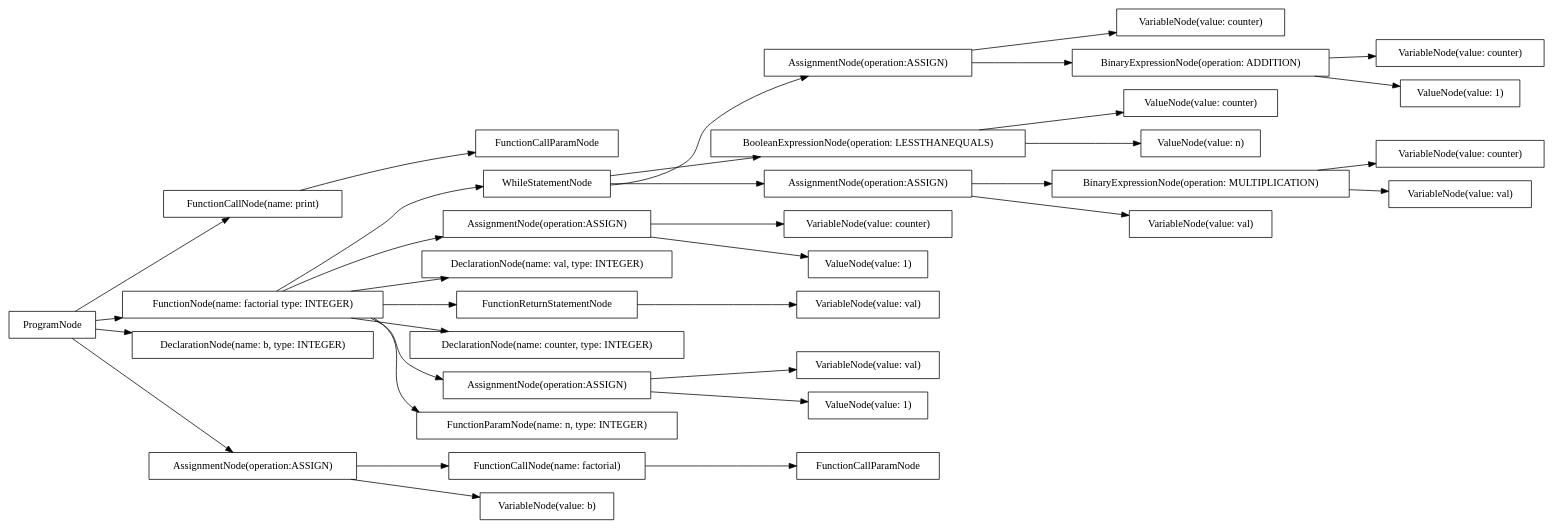
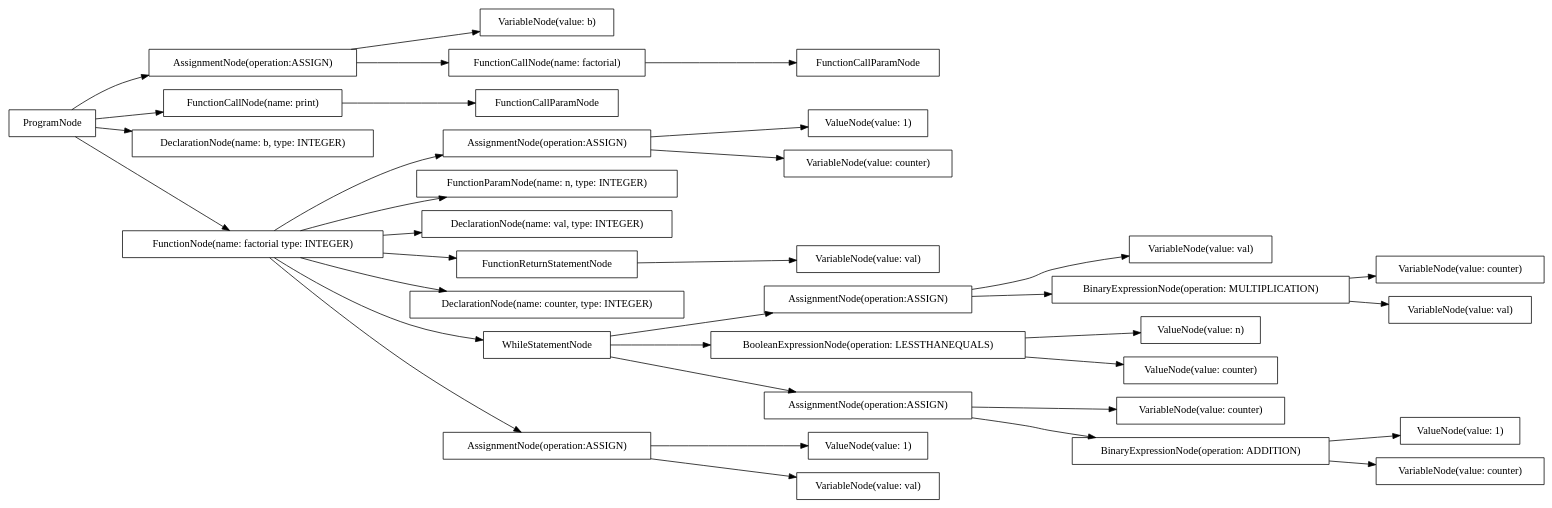
The diagram in src/output/dot/unbound_functions.dot (AtLeastITry/ANTLR-Python-Compiler), drawn with Graphviz before and after one commit. The commit also changed 158 other files, not shown here.

```diff
--- a/src/output/dot/unbound_functions.dot
+++ b/src/output/dot/unbound_functions.dot
@@ -1,70 +1,70 @@
 digraph G {
 rankdir=LR
-"80273e89-1f91-422f-9849-8fac198df139" [label="VariableNode(value: counter)" shape="box"];
-"46690dc6-9387-42ca-a4ac-f7ddcadd4ccc" [label="WhileStatementNode" shape="box"];
-"0d560d41-6d2c-4b8d-8168-581f75852347" [label="FunctionCallParamNode" shape="box"];
-"cb71babc-4225-42c9-bc2f-e4e0d062c988" [label="ValueNode(value: counter)" shape="box"];
-"3b4ee41e-423f-4c7c-bb88-45cb25dcc3c8" [label="AssignmentNode(operation:ASSIGN)" shape="box"];
-"fbc044d6-da52-406f-b976-5a4c25ade63a" [label="VariableNode(value: val)" shape="box"];
-"c2e7adf5-517c-4b21-a565-1ba937f04834" [label="AssignmentNode(operation:ASSIGN)" shape="box"];
-"38659834-fc3d-4fc0-9a73-a5296b2f295e" [label="FunctionCallParamNode" shape="box"];
-"0e59c5f4-d050-4c4c-abd8-fb2c57cafb87" [label="VariableNode(value: counter)" shape="box"];
-"b6317442-fc68-4266-bc4a-6b340c134359" [label="ValueNode(value: n)" shape="box"];
-"33212f58-5f7e-4f9f-ad5d-d5b63c62d85d" [label="FunctionCallNode(name: print)" shape="box"];
-"648abdc5-2e0d-4d57-b430-e9a2e2d0aac7" [label="FunctionCallNode(name: factorial)" shape="box"];
-"f31e73e9-e20e-43e8-8e01-588560e0de67" [label="DeclarationNode(name: val, type: INTEGER)" shape="box"];
-"c5944b2e-7ea4-4051-8b09-d2e494e18297" [label="ValueNode(value: 1)" shape="box"];
-"7379a1e6-ad58-4837-aa11-cd6808c6e757" [label="VariableNode(value: val)" shape="box"];
-"a4b08c15-ba8c-4826-93b7-4ad2bb908322" [label="FunctionReturnStatementNode" shape="box"];
-"0e2dc8ab-d020-437d-8260-3faac94b5283" [label="BooleanExpressionNode(operation: LESSTHANEQUALS)" shape="box"];
-"0df78581-e21d-4267-9418-f5a9571e7c3e" [label="AssignmentNode(operation:ASSIGN)" shape="box"];
-"7ffbb8bf-1fec-4758-ac28-43134e60a3b5" [label="BinaryExpressionNode(operation: MULTIPLICATION)" shape="box"];
-"c49216fc-eaf3-47b6-9263-d6fea98be2e2" [label="ProgramNode" shape="box"];
-"3240e87b-6c33-46e6-b994-cdaa8cebaae4" [label="VariableNode(value: counter)" shape="box"];
-"b6b14184-a096-4ec3-9a6c-15629a6f72e1" [label="FunctionNode(name: factorial type: INTEGER)" shape="box"];
-"ce54e0e1-c422-4bb2-8dbc-cc3cf3475102" [label="ValueNode(value: 1)" shape="box"];
-"5a15c022-532f-41df-b933-d98743a6f170" [label="VariableNode(value: counter)" shape="box"];
-"e4878145-a057-4cd5-bcf4-b865a8b3244b" [label="DeclarationNode(name: counter, type: INTEGER)" shape="box"];
-"0b8bc968-16b9-4643-994c-f721a7af30f1" [label="DeclarationNode(name: b, type: INTEGER)" shape="box"];
-"55dc6ba3-9557-4590-a8ab-ef1594101b7b" [label="AssignmentNode(operation:ASSIGN)" shape="box"];
-"06449997-027c-4fdc-8366-fe77cefc18f3" [label="AssignmentNode(operation:ASSIGN)" shape="box"];
-"6f98aedf-3193-4f73-9209-4d4d492a1b78" [label="FunctionParamNode(name: n, type: INTEGER)" shape="box"];
-"c03426df-215b-45fa-814b-df380ea545a9" [label="VariableNode(value: val)" shape="box"];
-"9c74cbfc-e86f-4388-9ff0-0d9a535ab167" [label="ValueNode(value: 1)" shape="box"];
-"bd4e228b-dbea-4163-89f9-c053836370bd" [label="VariableNode(value: b)" shape="box"];
-"37849437-7edc-492d-a79a-2f06d062eb87" [label="VariableNode(value: val)" shape="box"];
-"1b67c7df-f260-4c0d-895c-1b2b773f44a1" [label="BinaryExpressionNode(operation: ADDITION)" shape="box"];
-"c49216fc-eaf3-47b6-9263-d6fea98be2e2" -> "0b8bc968-16b9-4643-994c-f721a7af30f1";
-"c49216fc-eaf3-47b6-9263-d6fea98be2e2" -> "b6b14184-a096-4ec3-9a6c-15629a6f72e1";
-"b6b14184-a096-4ec3-9a6c-15629a6f72e1" -> "6f98aedf-3193-4f73-9209-4d4d492a1b78";
-"b6b14184-a096-4ec3-9a6c-15629a6f72e1" -> "f31e73e9-e20e-43e8-8e01-588560e0de67";
-"b6b14184-a096-4ec3-9a6c-15629a6f72e1" -> "e4878145-a057-4cd5-bcf4-b865a8b3244b";
-"b6b14184-a096-4ec3-9a6c-15629a6f72e1" -> "55dc6ba3-9557-4590-a8ab-ef1594101b7b";
-"55dc6ba3-9557-4590-a8ab-ef1594101b7b" -> "fbc044d6-da52-406f-b976-5a4c25ade63a";
-"55dc6ba3-9557-4590-a8ab-ef1594101b7b" -> "ce54e0e1-c422-4bb2-8dbc-cc3cf3475102";
-"b6b14184-a096-4ec3-9a6c-15629a6f72e1" -> "c2e7adf5-517c-4b21-a565-1ba937f04834";
-"c2e7adf5-517c-4b21-a565-1ba937f04834" -> "80273e89-1f91-422f-9849-8fac198df139";
-"c2e7adf5-517c-4b21-a565-1ba937f04834" -> "c5944b2e-7ea4-4051-8b09-d2e494e18297";
-"b6b14184-a096-4ec3-9a6c-15629a6f72e1" -> "46690dc6-9387-42ca-a4ac-f7ddcadd4ccc";
-"46690dc6-9387-42ca-a4ac-f7ddcadd4ccc" -> "0e2dc8ab-d020-437d-8260-3faac94b5283";
-"0e2dc8ab-d020-437d-8260-3faac94b5283" -> "cb71babc-4225-42c9-bc2f-e4e0d062c988";
-"0e2dc8ab-d020-437d-8260-3faac94b5283" -> "b6317442-fc68-4266-bc4a-6b340c134359";
-"46690dc6-9387-42ca-a4ac-f7ddcadd4ccc" -> "0df78581-e21d-4267-9418-f5a9571e7c3e";
-"0df78581-e21d-4267-9418-f5a9571e7c3e" -> "37849437-7edc-492d-a79a-2f06d062eb87";
-"0df78581-e21d-4267-9418-f5a9571e7c3e" -> "7ffbb8bf-1fec-4758-ac28-43134e60a3b5";
-"7ffbb8bf-1fec-4758-ac28-43134e60a3b5" -> "7379a1e6-ad58-4837-aa11-cd6808c6e757";
-"7ffbb8bf-1fec-4758-ac28-43134e60a3b5" -> "0e59c5f4-d050-4c4c-abd8-fb2c57cafb87";
-"46690dc6-9387-42ca-a4ac-f7ddcadd4ccc" -> "3b4ee41e-423f-4c7c-bb88-45cb25dcc3c8";
-"3b4ee41e-423f-4c7c-bb88-45cb25dcc3c8" -> "3240e87b-6c33-46e6-b994-cdaa8cebaae4";
-"3b4ee41e-423f-4c7c-bb88-45cb25dcc3c8" -> "1b67c7df-f260-4c0d-895c-1b2b773f44a1";
-"1b67c7df-f260-4c0d-895c-1b2b773f44a1" -> "5a15c022-532f-41df-b933-d98743a6f170";
-"1b67c7df-f260-4c0d-895c-1b2b773f44a1" -> "9c74cbfc-e86f-4388-9ff0-0d9a535ab167";
-"b6b14184-a096-4ec3-9a6c-15629a6f72e1" -> "a4b08c15-ba8c-4826-93b7-4ad2bb908322";
-"a4b08c15-ba8c-4826-93b7-4ad2bb908322" -> "c03426df-215b-45fa-814b-df380ea545a9";
-"c49216fc-eaf3-47b6-9263-d6fea98be2e2" -> "06449997-027c-4fdc-8366-fe77cefc18f3";
-"06449997-027c-4fdc-8366-fe77cefc18f3" -> "bd4e228b-dbea-4163-89f9-c053836370bd";
-"06449997-027c-4fdc-8366-fe77cefc18f3" -> "648abdc5-2e0d-4d57-b430-e9a2e2d0aac7";
-"648abdc5-2e0d-4d57-b430-e9a2e2d0aac7" -> "0d560d41-6d2c-4b8d-8168-581f75852347";
-"c49216fc-eaf3-47b6-9263-d6fea98be2e2" -> "33212f58-5f7e-4f9f-ad5d-d5b63c62d85d";
-"33212f58-5f7e-4f9f-ad5d-d5b63c62d85d" -> "38659834-fc3d-4fc0-9a73-a5296b2f295e";
+"81aaedd4-f498-427e-8ed4-ed935a455118" [label="ValueNode(value: 1)" shape="box"];
+"3cff63f4-0d26-4c14-9e88-c8fd55971c9e" [label="VariableNode(value: counter)" shape="box"];
+"780bd1c2-e1ca-40e9-a443-1aff26f419e4" [label="VariableNode(value: val)" shape="box"];
+"648c5648-74dd-4d30-b4dc-ac4c395977a6" [label="FunctionCallParamNode" shape="box"];
+"028b088d-5dc6-45e4-8018-755169daa67f" [label="AssignmentNode(operation:ASSIGN)" shape="box"];
+"825e2e22-fae9-4d9b-ad8f-926a5434b093" [label="FunctionCallParamNode" shape="box"];
+"995c2218-dafb-47d6-8f1f-f8c0c6f99081" [label="FunctionParamNode(name: n, type: INTEGER)" shape="box"];
+"8b640b2f-217d-41eb-bd6d-1b4bdf17f0e3" [label="ProgramNode" shape="box"];
+"e8ede1f0-046b-4c78-b3ad-0e3bdd1bab53" [label="DeclarationNode(name: val, type: INTEGER)" shape="box"];
+"744544bd-61d9-4e27-99ad-4952fe78a9d2" [label="FunctionReturnStatementNode" shape="box"];
+"7c69b327-82ba-47b9-a350-7730a697f4ec" [label="AssignmentNode(operation:ASSIGN)" shape="box"];
+"277fc8c2-76d5-44f7-a11a-ca5ac307becf" [label="VariableNode(value: b)" shape="box"];
+"a7ab74a0-90c9-4211-a194-17a742b7ee0d" [label="ValueNode(value: n)" shape="box"];
+"7efede64-3641-47dc-99f6-d7da1e0cb6bc" [label="ValueNode(value: 1)" shape="box"];
+"5950c262-e764-40bc-af92-af8a5a5e58f7" [label="FunctionCallNode(name: print)" shape="box"];
+"34a71858-be15-4ee0-805e-39062335effb" [label="DeclarationNode(name: b, type: INTEGER)" shape="box"];
+"682dcf12-635b-4b09-bba8-9ef18500aaa8" [label="ValueNode(value: 1)" shape="box"];
+"2b3fb9ca-e607-47d7-9cea-41809ae6eb49" [label="VariableNode(value: val)" shape="box"];
+"ab9003d3-ae6c-480f-91a1-8ca01e6e23ed" [label="VariableNode(value: counter)" shape="box"];
+"092f6c3c-f4c5-4fe7-864a-968522fcd121" [label="VariableNode(value: counter)" shape="box"];
+"d972c8d0-51e6-4018-86c3-1f4ea37d1989" [label="VariableNode(value: counter)" shape="box"];
+"1ca67248-b24d-4075-82e9-fddc27ad6ea8" [label="DeclarationNode(name: counter, type: INTEGER)" shape="box"];
+"2786b300-8046-4905-badd-32a2131ce041" [label="WhileStatementNode" shape="box"];
+"bf02c634-ad48-4870-bf4b-ba259b767cf1" [label="VariableNode(value: val)" shape="box"];
+"2d7042a6-7703-4269-bca3-0a992a1b252d" [label="BinaryExpressionNode(operation: ADDITION)" shape="box"];
+"08c43d3d-8ceb-45b7-8c73-dcdbb1c0a6bf" [label="AssignmentNode(operation:ASSIGN)" shape="box"];
+"ffd96f16-7126-4a5e-98da-b43ec9845665" [label="AssignmentNode(operation:ASSIGN)" shape="box"];
+"0ee26116-36ec-4739-8a4d-a755daf2c47d" [label="VariableNode(value: val)" shape="box"];
+"3b92759f-f771-434b-b3f9-f92a0d0d3910" [label="BooleanExpressionNode(operation: LESSTHANEQUALS)" shape="box"];
+"445dfa74-59e3-461b-9c98-edaf18076b18" [label="BinaryExpressionNode(operation: MULTIPLICATION)" shape="box"];
+"966e1cd4-9e4d-4e59-adb2-2ce8d10e7d01" [label="FunctionNode(name: factorial type: INTEGER)" shape="box"];
+"29d98562-952f-4da5-8a7e-6e447e3470c4" [label="AssignmentNode(operation:ASSIGN)" shape="box"];
+"2835e6d3-ef84-4dc5-a59e-eba9cb4437ea" [label="ValueNode(value: counter)" shape="box"];
+"172d7626-f7a9-46c5-a84e-7a900fff18b9" [label="FunctionCallNode(name: factorial)" shape="box"];
+"8b640b2f-217d-41eb-bd6d-1b4bdf17f0e3" -> "34a71858-be15-4ee0-805e-39062335effb";
+"8b640b2f-217d-41eb-bd6d-1b4bdf17f0e3" -> "966e1cd4-9e4d-4e59-adb2-2ce8d10e7d01";
+"966e1cd4-9e4d-4e59-adb2-2ce8d10e7d01" -> "995c2218-dafb-47d6-8f1f-f8c0c6f99081";
+"966e1cd4-9e4d-4e59-adb2-2ce8d10e7d01" -> "e8ede1f0-046b-4c78-b3ad-0e3bdd1bab53";
+"966e1cd4-9e4d-4e59-adb2-2ce8d10e7d01" -> "1ca67248-b24d-4075-82e9-fddc27ad6ea8";
+"966e1cd4-9e4d-4e59-adb2-2ce8d10e7d01" -> "08c43d3d-8ceb-45b7-8c73-dcdbb1c0a6bf";
+"08c43d3d-8ceb-45b7-8c73-dcdbb1c0a6bf" -> "780bd1c2-e1ca-40e9-a443-1aff26f419e4";
+"08c43d3d-8ceb-45b7-8c73-dcdbb1c0a6bf" -> "81aaedd4-f498-427e-8ed4-ed935a455118";
+"966e1cd4-9e4d-4e59-adb2-2ce8d10e7d01" -> "028b088d-5dc6-45e4-8018-755169daa67f";
+"028b088d-5dc6-45e4-8018-755169daa67f" -> "ab9003d3-ae6c-480f-91a1-8ca01e6e23ed";
+"028b088d-5dc6-45e4-8018-755169daa67f" -> "682dcf12-635b-4b09-bba8-9ef18500aaa8";
+"966e1cd4-9e4d-4e59-adb2-2ce8d10e7d01" -> "2786b300-8046-4905-badd-32a2131ce041";
+"2786b300-8046-4905-badd-32a2131ce041" -> "3b92759f-f771-434b-b3f9-f92a0d0d3910";
+"3b92759f-f771-434b-b3f9-f92a0d0d3910" -> "2835e6d3-ef84-4dc5-a59e-eba9cb4437ea";
+"3b92759f-f771-434b-b3f9-f92a0d0d3910" -> "a7ab74a0-90c9-4211-a194-17a742b7ee0d";
+"2786b300-8046-4905-badd-32a2131ce041" -> "ffd96f16-7126-4a5e-98da-b43ec9845665";
+"ffd96f16-7126-4a5e-98da-b43ec9845665" -> "2b3fb9ca-e607-47d7-9cea-41809ae6eb49";
+"ffd96f16-7126-4a5e-98da-b43ec9845665" -> "445dfa74-59e3-461b-9c98-edaf18076b18";
+"445dfa74-59e3-461b-9c98-edaf18076b18" -> "0ee26116-36ec-4739-8a4d-a755daf2c47d";
+"445dfa74-59e3-461b-9c98-edaf18076b18" -> "3cff63f4-0d26-4c14-9e88-c8fd55971c9e";
+"2786b300-8046-4905-badd-32a2131ce041" -> "29d98562-952f-4da5-8a7e-6e447e3470c4";
+"29d98562-952f-4da5-8a7e-6e447e3470c4" -> "d972c8d0-51e6-4018-86c3-1f4ea37d1989";
+"29d98562-952f-4da5-8a7e-6e447e3470c4" -> "2d7042a6-7703-4269-bca3-0a992a1b252d";
+"2d7042a6-7703-4269-bca3-0a992a1b252d" -> "092f6c3c-f4c5-4fe7-864a-968522fcd121";
+"2d7042a6-7703-4269-bca3-0a992a1b252d" -> "7efede64-3641-47dc-99f6-d7da1e0cb6bc";
+"966e1cd4-9e4d-4e59-adb2-2ce8d10e7d01" -> "744544bd-61d9-4e27-99ad-4952fe78a9d2";
+"744544bd-61d9-4e27-99ad-4952fe78a9d2" -> "bf02c634-ad48-4870-bf4b-ba259b767cf1";
+"8b640b2f-217d-41eb-bd6d-1b4bdf17f0e3" -> "7c69b327-82ba-47b9-a350-7730a697f4ec";
+"7c69b327-82ba-47b9-a350-7730a697f4ec" -> "277fc8c2-76d5-44f7-a11a-ca5ac307becf";
+"7c69b327-82ba-47b9-a350-7730a697f4ec" -> "172d7626-f7a9-46c5-a84e-7a900fff18b9";
+"172d7626-f7a9-46c5-a84e-7a900fff18b9" -> "825e2e22-fae9-4d9b-ad8f-926a5434b093";
+"8b640b2f-217d-41eb-bd6d-1b4bdf17f0e3" -> "5950c262-e764-40bc-af92-af8a5a5e58f7";
+"5950c262-e764-40bc-af92-af8a5a5e58f7" -> "648c5648-74dd-4d30-b4dc-ac4c395977a6";
 }
```
